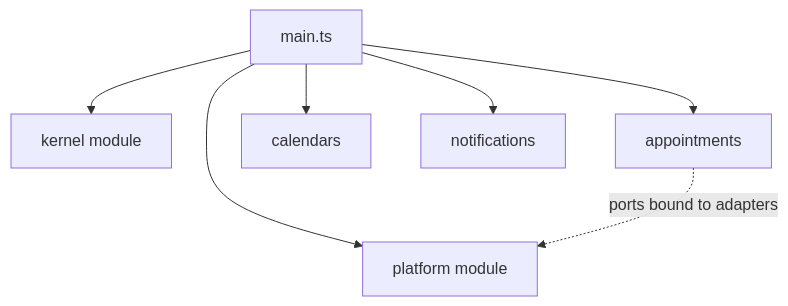
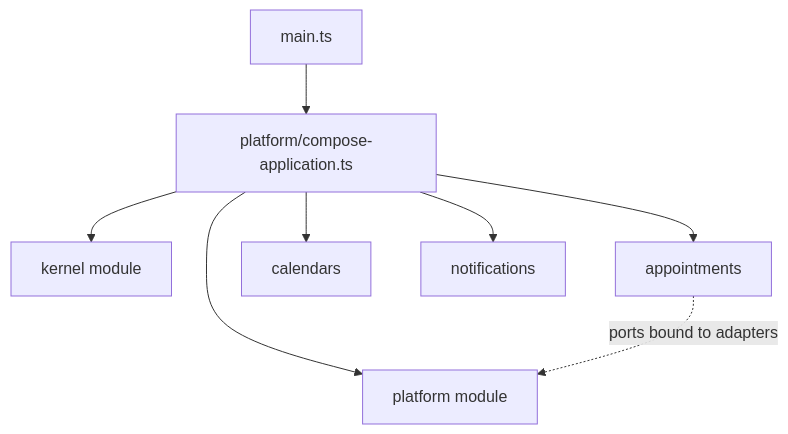
Before and after one commit to gbourgeat/ddd-ts-kit: the diagram in docs/concepts/ports-and-composition.md, drawn with Mermaid. The commit also changed other lines of this file and 91 other files, not shown here.

````diff
--- a/docs/concepts/ports-and-composition.md
+++ b/docs/concepts/ports-and-composition.md
@@ -122,9 +127,10 @@
 ```mermaid
 flowchart TB
-  main[main.ts] --> K[kernel module]
-  main --> PF[platform module]
-  main --> C1[appointments]
-  main --> C2[calendars]
-  main --> C3[notifications]
+  main[main.ts] --> compose[platform/compose-application.ts]
+  compose --> K[kernel module]
+  compose --> PF[platform module]
+  compose --> C1[appointments]
+  compose --> C2[calendars]
+  compose --> C3[notifications]
   C1 -. ports bound to adapters .-> PF
 ```
````
